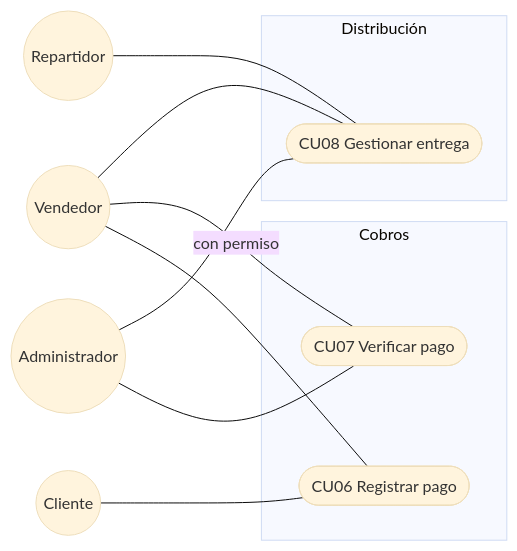
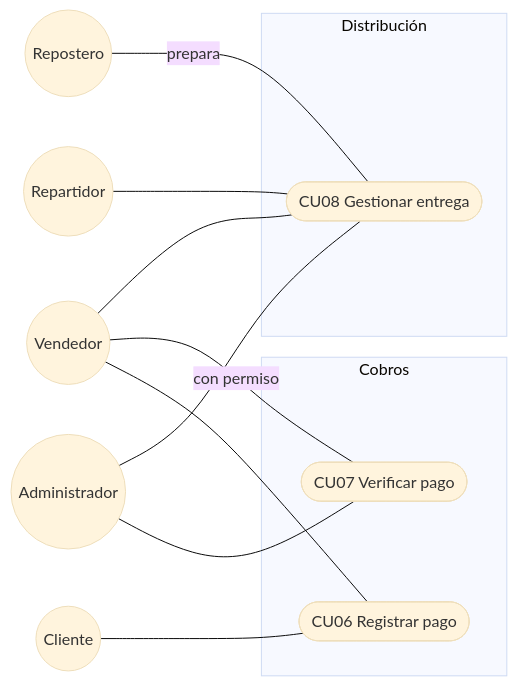
Before and after one commit to Anton10-AR/DulcesAromas: the third of 12 diagrams in docs/04-modelos-uml.md, drawn with Mermaid (base theme). The commit also changed other lines of this file and 19 other files, not shown here.

Commit message:
Rol Repostero: prepara los pedidos desde Cocina, sin ver datos personales ni montos del cliente (D3 revisada, CU08, HU13, RNF16)

````diff
--- a/docs/04-modelos-uml.md
+++ b/docs/04-modelos-uml.md
@@ -88,21 +88,23 @@
 ```mermaid
 flowchart LR
   Cliente((Cliente))
   Administrador((Administrador))
   Vendedor((Vendedor))
   Repartidor((Repartidor))
+  Repostero((Repostero))
   subgraph Cobros
     CU06([CU06 Registrar pago])
     CU07([CU07 Verificar pago])
   end
   subgraph Distribución
     CU08([CU08 Gestionar entrega])
   end
   Cliente --- CU06
   Vendedor --- CU06
   Administrador --- CU07
   Vendedor ---|con permiso| CU07
   Administrador --- CU08
   Vendedor --- CU08
   Repartidor --- CU08
+  Repostero ---|prepara| CU08
 ```
````
